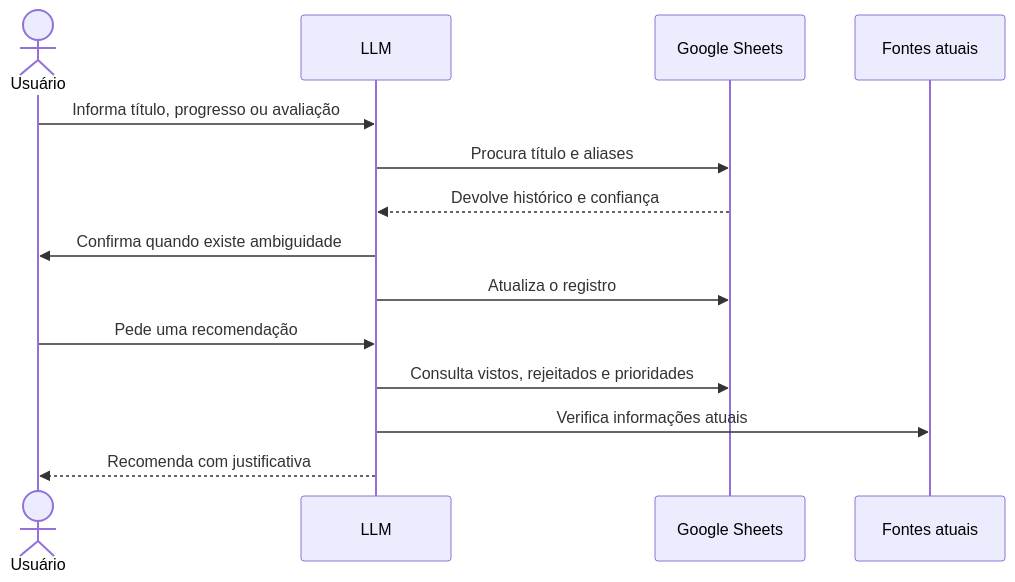
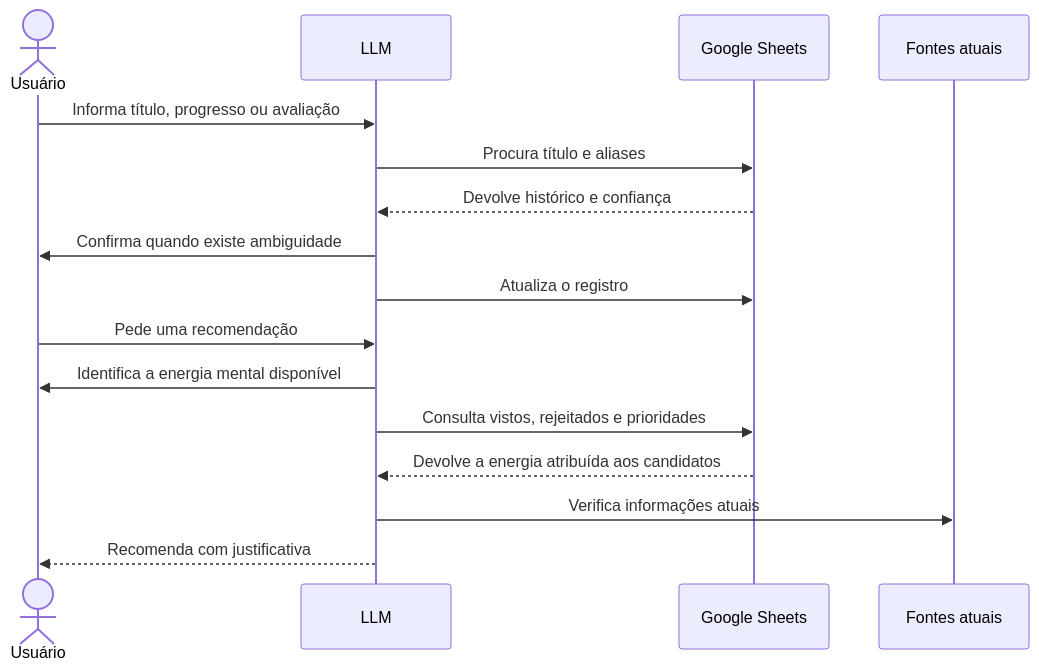
Before and after one commit to soteropolitano/catalogo-de-entretenimento-com-llm: the diagram in docs/arquitetura.md, drawn with Mermaid. The commit also changed other lines of this file, not shown here.

Commit message:
Documenta energia mental em docs/arquitetura.md

````diff
--- a/docs/arquitetura.md
+++ b/docs/arquitetura.md
@@ -25,17 +25,19 @@
 ```mermaid
 sequenceDiagram
     actor U as Usuário
     participant L as LLM
     participant S as Google Sheets
     participant F as Fontes atuais
 
     U->>L: Informa título, progresso ou avaliação
     L->>S: Procura título e aliases
     S-->>L: Devolve histórico e confiança
     L->>U: Confirma quando existe ambiguidade
     L->>S: Atualiza o registro
     U->>L: Pede uma recomendação
+    L->>U: Identifica a energia mental disponível
     L->>S: Consulta vistos, rejeitados e prioridades
+    S-->>L: Devolve a energia atribuída aos candidatos
     L->>F: Verifica informações atuais
     L-->>U: Recomenda com justificativa
 ```
````
